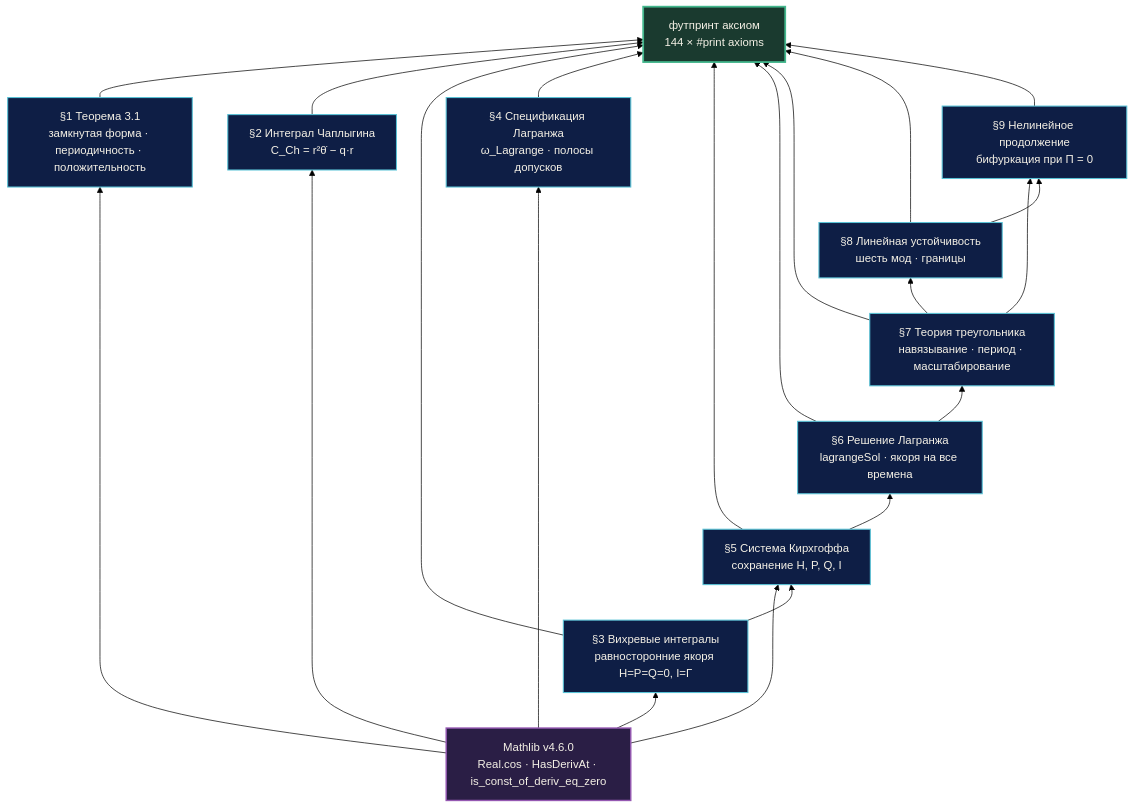
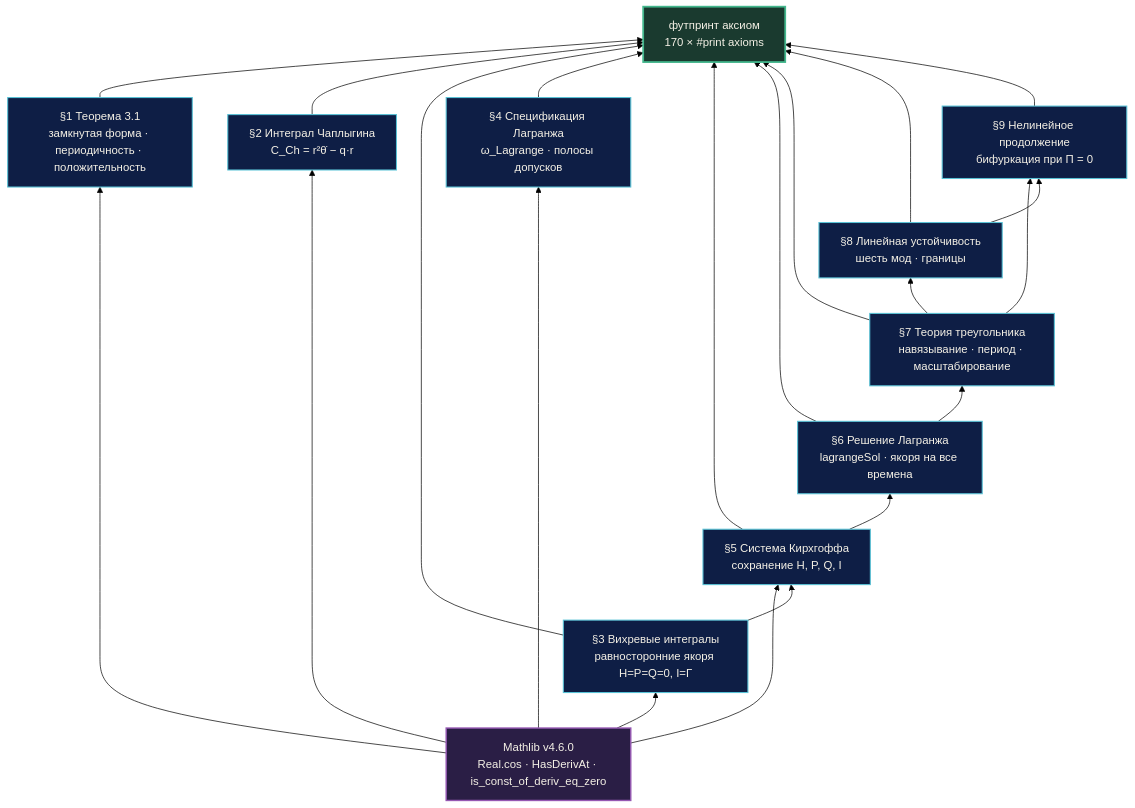
The second of 5 diagrams in verification/lean4/README_RU.md (wild8highlander/Trivortex), drawn with Mermaid (forest theme) before and after one commit. The commit also changed other lines of this file and 42 other files, not shown here.

````diff
--- a/verification/lean4/README_RU.md
+++ b/verification/lean4/README_RU.md
@@ -288,25 +289,25 @@
 ```mermaid
 flowchart BT
     M["Mathlib v4.6.0<br/>Real.cos · HasDerivAt · is_const_of_deriv_eq_zero"]:::m
     S1["§1 Теорема 3.1<br/>замкнутая форма · периодичность · положительность"]:::s
     S2["§2 Интеграл Чаплыгина<br/>C_Ch = r²θ̇ − q·r"]:::s
     S3["§3 Вихревые интегралы<br/>равносторонние якоря H=P=Q=0, I=Γ"]:::s
     S4["§4 Спецификация Лагранжа<br/>ω_Lagrange · полосы допусков"]:::s
     S5["§5 Система Кирхгоффа<br/>сохранение H, P, Q, I"]:::s
     S6["§6 Решение Лагранжа<br/>lagrangeSol · якоря на все времена"]:::s
     S7["§7 Теория треугольника<br/>навязывание · период · масштабирование"]:::s
     S8["§8 Линейная устойчивость<br/>шесть мод · границы"]:::s
     S9["§9 Нелинейное продолжение<br/>бифуркация при Π = 0"]:::s
-    FOOT["футпринт аксиом<br/>144 × #print axioms"]:::f
+    FOOT["футпринт аксиом<br/>170 × #print axioms"]:::f
 
     M --> S1 & S2 & S3 & S4 & S5
     S3 --> S5
     S5 --> S6
     S6 --> S7 --> S8
     S7 --> S9
     S8 --> S9
     S1 & S2 & S3 & S4 & S5 & S6 & S7 & S8 & S9 --> FOOT
     classDef m fill:#2A1E45,stroke:#9558B2,stroke-width:2px,color:#F5F1E6
     classDef s fill:#0E1E45,stroke:#59C2D6,stroke-width:1.5px,color:#F5F1E6
     classDef f fill:#1A3A2F,stroke:#43B78D,stroke-width:2.5px,color:#F5F1E6
 ```
````
